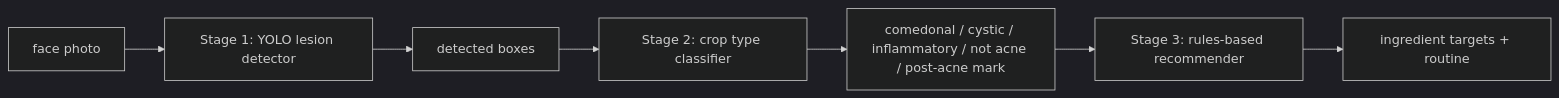
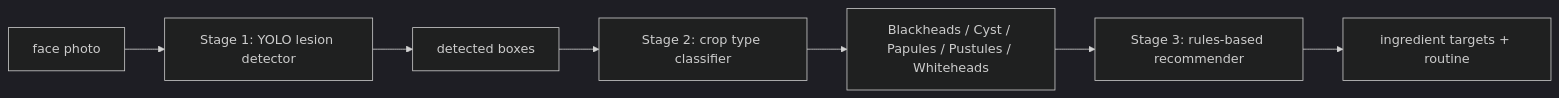
One commit to Kumario1/skinscan changed the diagram in README.md. Above: the diagram before and after it, drawn with Mermaid (dark theme). The commit also changed other lines of this file and 11 other files, not shown here.

````diff
--- a/README.md
+++ b/README.md
@@ -14,9 +15,9 @@
 ```mermaid
 flowchart LR
     A["face photo"] --> B["Stage 1: YOLO lesion detector"]
     B --> C["detected boxes"]
     C --> D["Stage 2: crop type classifier"]
-    D --> E["comedonal / cystic / inflammatory / not acne / post-acne mark"]
+    D --> E["Blackheads / Cyst / Papules / Pustules / Whiteheads"]
     E --> F["Stage 3: rules-based recommender"]
     F --> G["ingredient targets + routine"]
 ```
````
